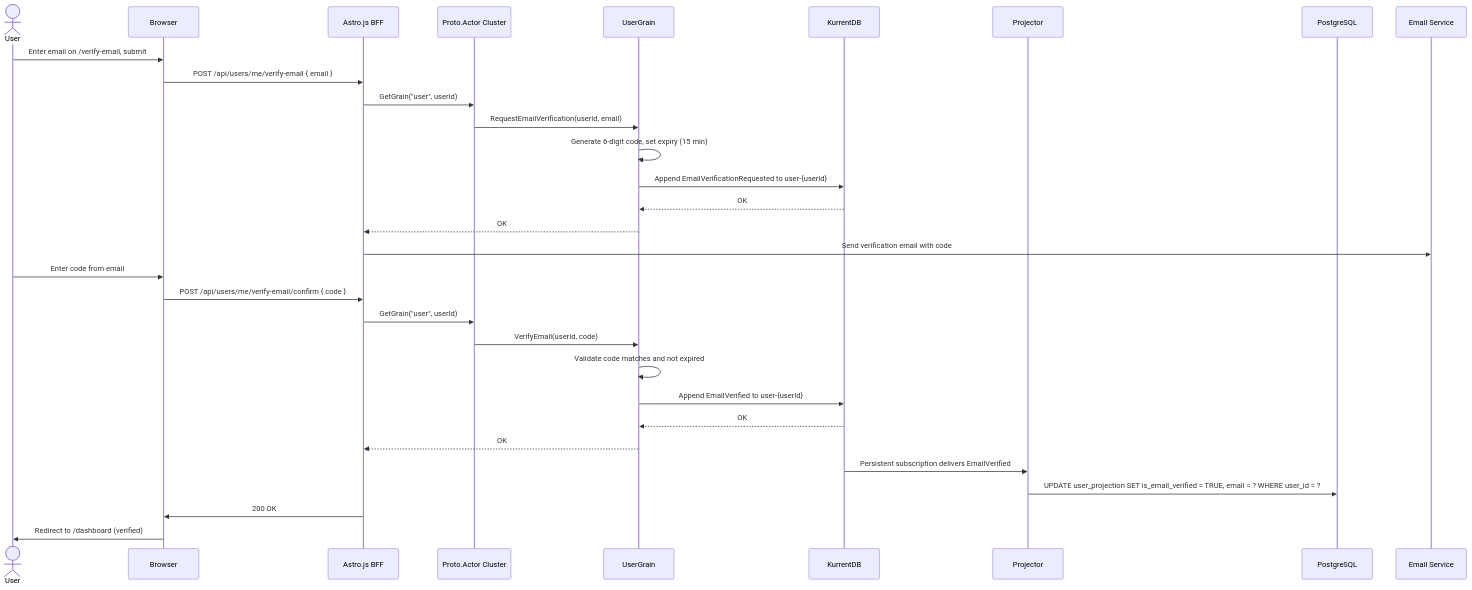
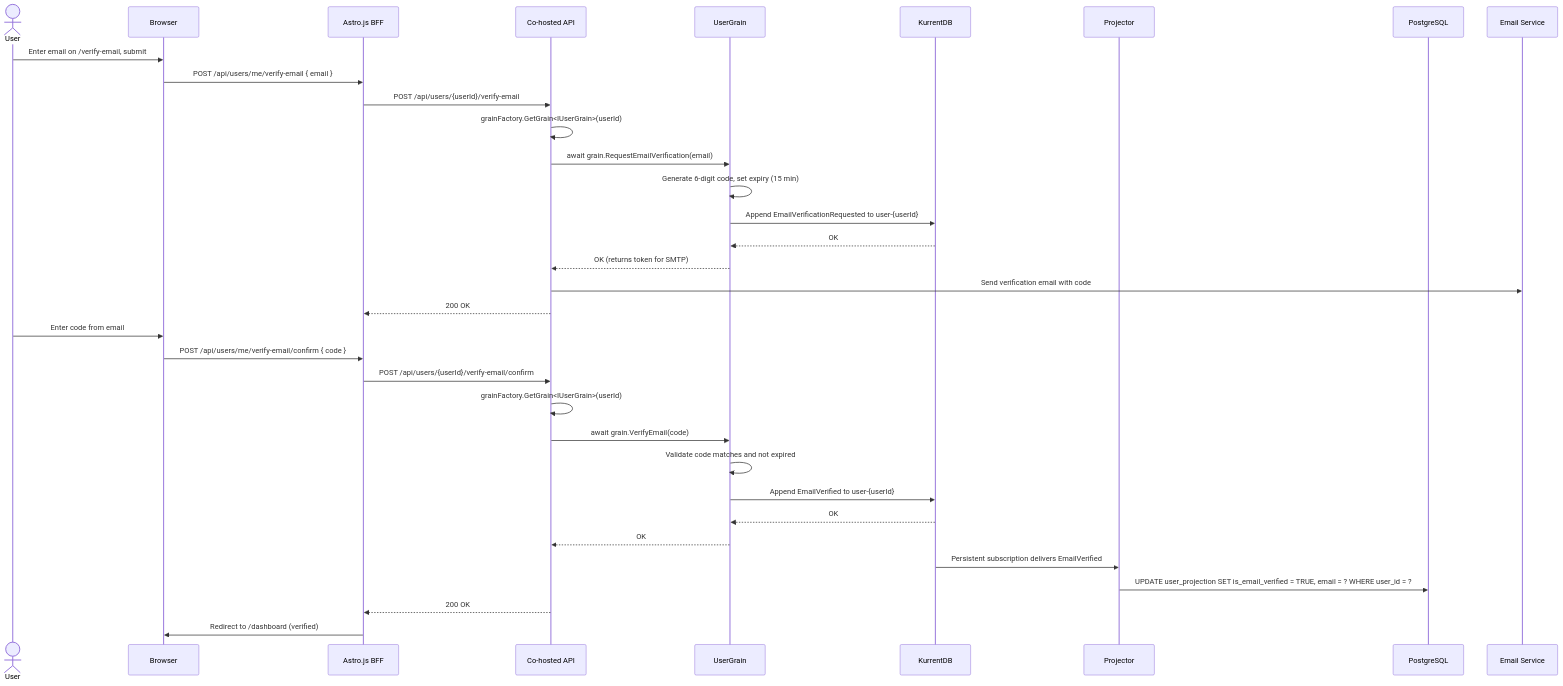
One commit to lekhasy/Vut changed the tenth of 19 diagrams in epics/01-epic-first-signin-org/architecture/architecture.md. Above: the diagram before and after it, drawn with Mermaid. The commit also changed other lines of this file and 32 other files, not shown here.

````diff
--- a/epics/01-epic-first-signin-org/architecture/architecture.md
+++ b/epics/01-epic-first-signin-org/architecture/architecture.md
@@ -822,37 +927,40 @@
 ```mermaid
 sequenceDiagram
     actor User
     participant Browser
     participant BFF as Astro.js BFF
-    participant Cluster as Proto.Actor Cluster
+    participant API as Co-hosted API
     participant Grain as UserGrain
     participant K as KurrentDB
     participant PJ as Projector
     participant PG as PostgreSQL
     participant SMTP as Email Service
 
     User->>Browser: Enter email on /verify-email, submit
     Browser->>BFF: POST /api/users/me/verify-email { email }
-    BFF->>Cluster: GetGrain("user", userId)
-    Cluster->>Grain: RequestEmailVerification(userId, email)
+    BFF->>API: POST /api/users/{userId}/verify-email
+    API->>API: grainFactory.GetGrain<IUserGrain>(userId)
+    API->>Grain: await grain.RequestEmailVerification(email)
     Grain->>Grain: Generate 6-digit code, set expiry (15 min)
     Grain->>K: Append EmailVerificationRequested to user-{userId}
     K-->>Grain: OK
-    Grain-->>BFF: OK
-    BFF->>SMTP: Send verification email with code
+    Grain-->>API: OK (returns token for SMTP)
+    API->>SMTP: Send verification email with code
+    API-->>BFF: 200 OK
 
     User->>Browser: Enter code from email
     Browser->>BFF: POST /api/users/me/verify-email/confirm { code }
-    BFF->>Cluster: GetGrain("user", userId)
-    Cluster->>Grain: VerifyEmail(userId, code)
+    BFF->>API: POST /api/users/{userId}/verify-email/confirm
+    API->>API: grainFactory.GetGrain<IUserGrain>(userId)
+    API->>Grain: await grain.VerifyEmail(code)
     Grain->>Grain: Validate code matches and not expired
     Grain->>K: Append EmailVerified to user-{userId}
     K-->>Grain: OK
-    Grain-->>BFF: OK
+    Grain-->>API: OK
 
     K->>PJ: Persistent subscription delivers EmailVerified
     PJ->>PG: UPDATE user_projection SET is_email_verified = TRUE, email = ? WHERE user_id = ?
 
-    BFF->>Browser: 200 OK
-    Browser->>User: Redirect to /dashboard (verified)
+    API-->>BFF: 200 OK
+    BFF->>Browser: Redirect to /dashboard (verified)
 ```
````
